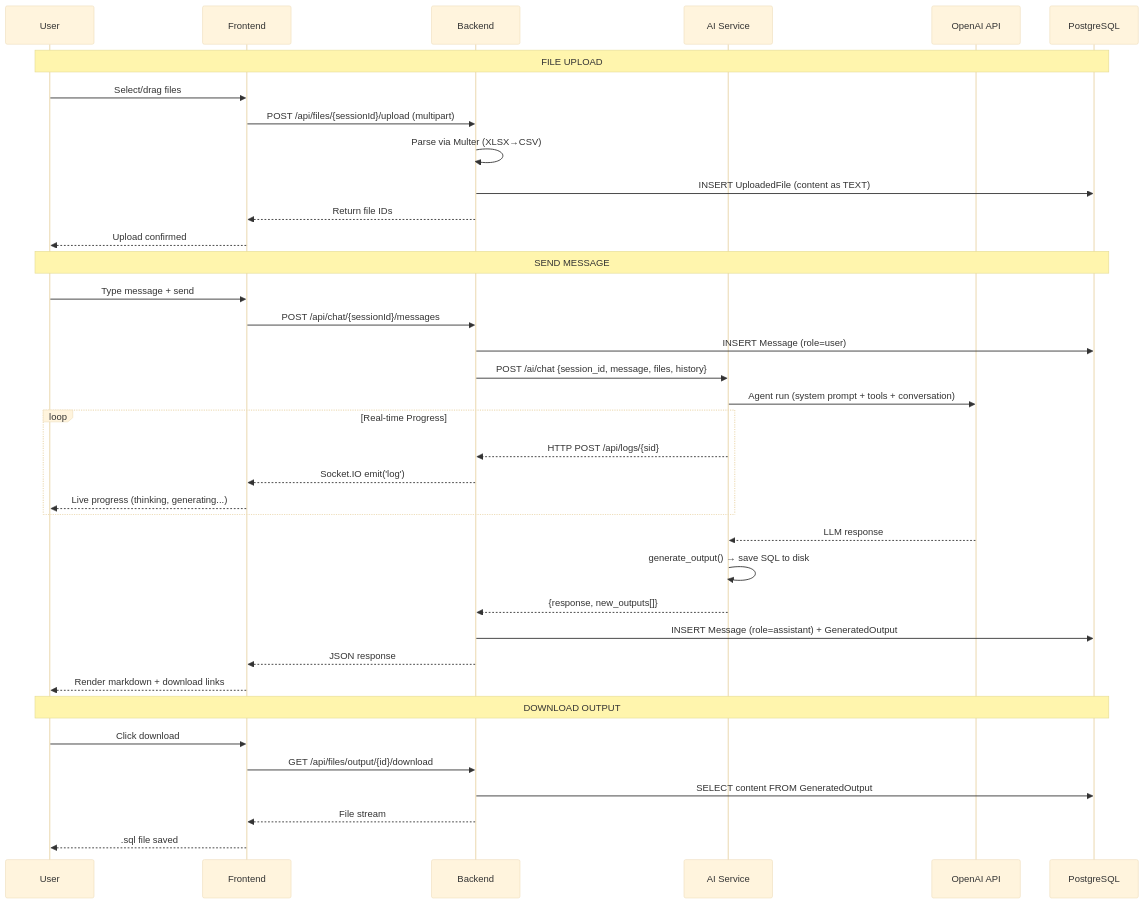
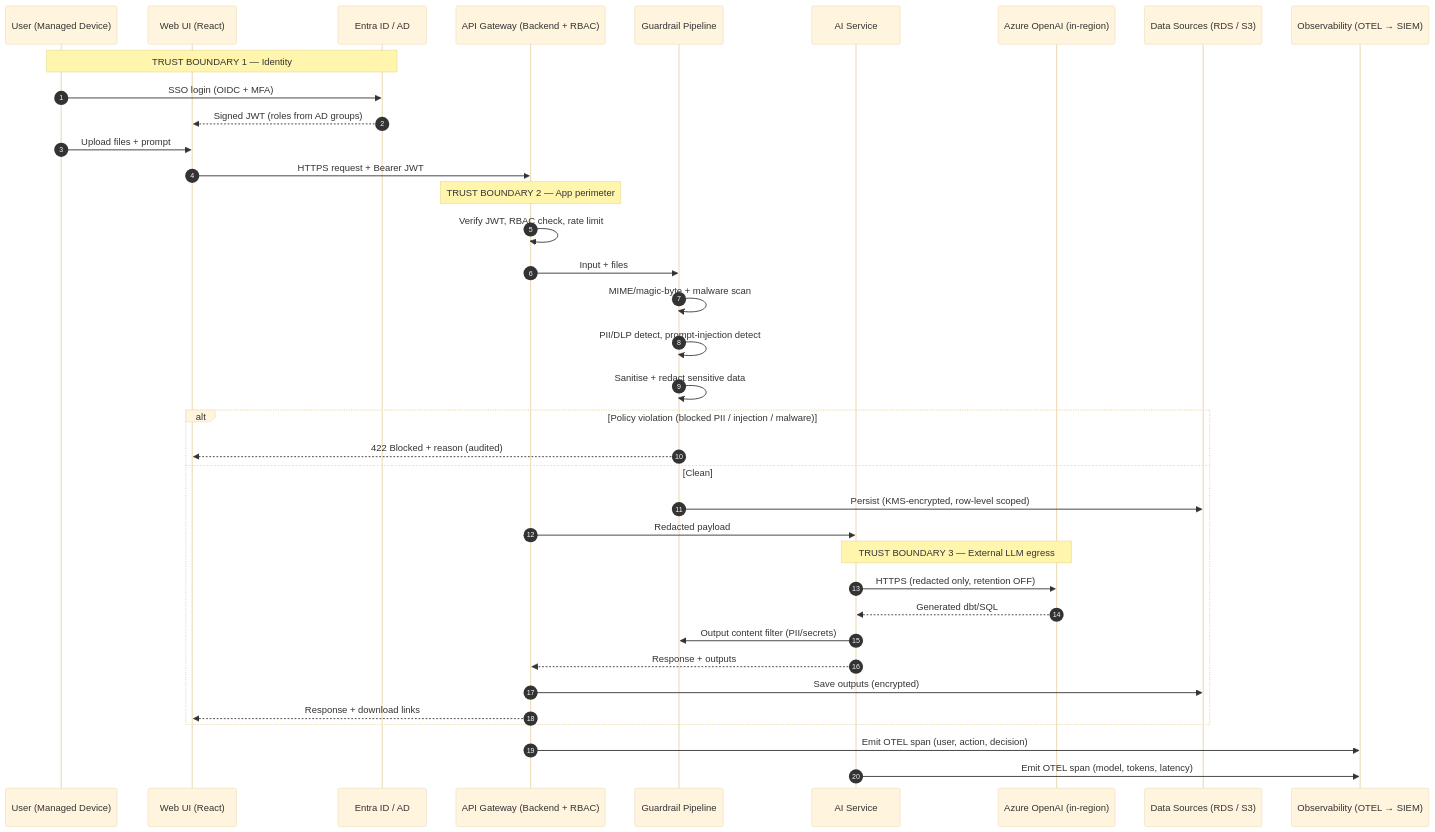
Before and after one commit to shankasf/small_migration: the second of 6 diagrams in ARCHITECTURE.md, drawn with Mermaid (base theme). The commit also changed other lines of this file and 1 other file, not shown here.

First line of the commit message:
docs(architecture): Rewrite as NZ-health-compliant secure architecture

````diff
--- a/ARCHITECTURE.md
+++ b/ARCHITECTURE.md
@@ -98,44 +163,41 @@
 ```mermaid
 sequenceDiagram
-    participant U as User
-    participant FE as Frontend
-    participant BE as Backend
+    autonumber
+    participant U as User (Managed Device)
+    participant UI as Web UI (React)
+    participant IdP as Entra ID / AD
+    participant GW as API Gateway (Backend + RBAC)
+    participant GR as Guardrail Pipeline
     participant AI as AI Service
-    participant OAI as OpenAI API
-    participant DB as PostgreSQL
+    participant AO as Azure OpenAI (in-region)
+    participant DS as Data Sources (RDS / S3)
+    participant OB as Observability (OTEL → SIEM)
 
-    Note over U,DB: FILE UPLOAD
-    U->>FE: Select/drag files
-    FE->>BE: POST /api/files/{sessionId}/upload (multipart)
-    BE->>BE: Parse via Multer (XLSX→CSV)
-    BE->>DB: INSERT UploadedFile (content as TEXT)
-    BE-->>FE: Return file IDs
-    FE-->>U: Upload confirmed
+    Note over U,IdP: TRUST BOUNDARY 1 — Identity
+    U->>IdP: SSO login (OIDC + MFA)
+    IdP-->>UI: Signed JWT (roles from AD groups)
+    U->>UI: Upload files + prompt
+    UI->>GW: HTTPS request + Bearer JWT
 
-    Note over U,DB: SEND MESSAGE
-    U->>FE: Type message + send
-    FE->>BE: POST /api/chat/{sessionId}/messages
-    BE->>DB: INSERT Message (role=user)
-    BE->>AI: POST /ai/chat {session_id, message, files, history}
-    AI->>OAI: Agent run (system prompt + tools + conversation)
-    
-    loop Real-time Progress
-        AI-->>BE: HTTP POST /api/logs/{sid}
-        BE-->>FE: Socket.IO emit('log')
-        FE-->>U: Live progress (thinking, generating...)
+    Note over GW: TRUST BOUNDARY 2 — App perimeter
+    GW->>GW: Verify JWT, RBAC check, rate limit
+    GW->>GR: Input + files
+    GR->>GR: MIME/magic-byte + malware scan
+    GR->>GR: PII/DLP detect, prompt-injection detect
+    GR->>GR: Sanitise + redact sensitive data
+    alt Policy violation (blocked PII / injection / malware)
+        GR-->>UI: 422 Blocked + reason (audited)
+    else Clean
+        GR->>DS: Persist (KMS-encrypted, row-level scoped)
+        GW->>AI: Redacted payload
+        Note over AI,AO: TRUST BOUNDARY 3 — External LLM egress
+        AI->>AO: HTTPS (redacted only, retention OFF)
+        AO-->>AI: Generated dbt/SQL
+        AI->>GR: Output content filter (PII/secrets)
+        AI-->>GW: Response + outputs
+        GW->>DS: Save outputs (encrypted)
+        GW-->>UI: Response + download links
     end
-
-    OAI-->>AI: LLM response
-    AI->>AI: generate_output() → save SQL to disk
-    AI-->>BE: {response, new_outputs[]}
-    BE->>DB: INSERT Message (role=assistant) + GeneratedOutput
-    BE-->>FE: JSON response
-    FE-->>U: Render markdown + download links
-
-    Note over U,DB: DOWNLOAD OUTPUT
-    U->>FE: Click download
-    FE->>BE: GET /api/files/output/{id}/download
-    BE->>DB: SELECT content FROM GeneratedOutput
-    BE-->>FE: File stream
-    FE-->>U: .sql file saved
+    GW->>OB: Emit OTEL span (user, action, decision)
+    AI->>OB: Emit OTEL span (model, tokens, latency)
 ```
````
